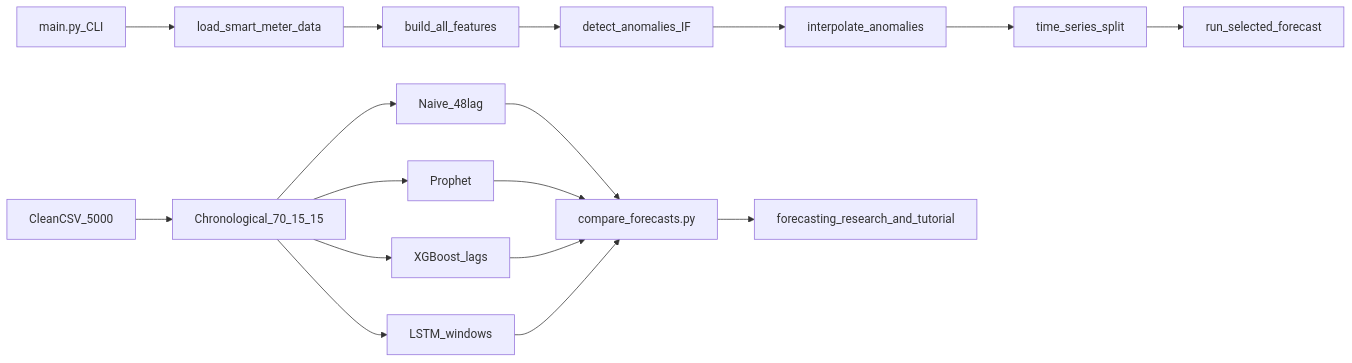
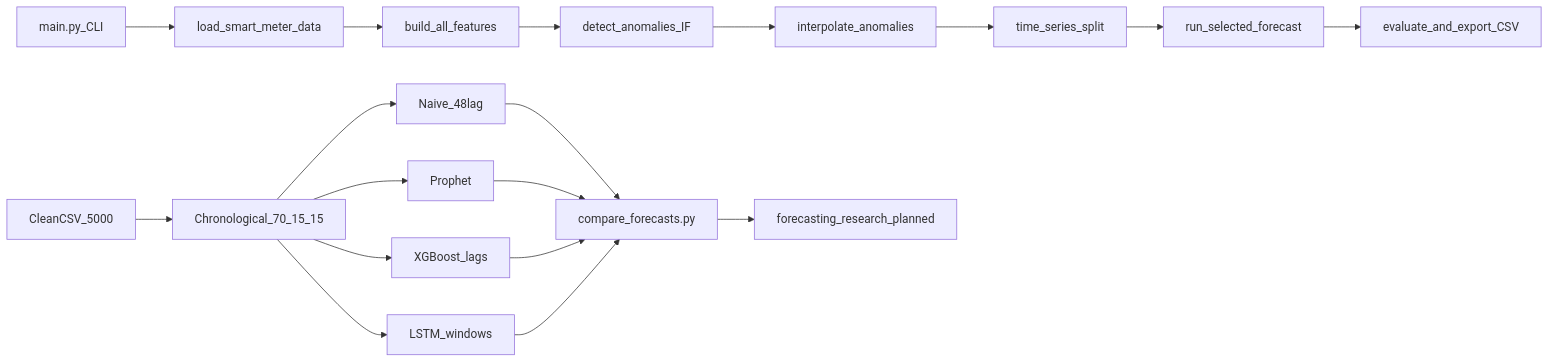
Before and after one commit to mj-weshh/energy-anomaly-forecasting: the diagram in docs/phase3-strategy.md, drawn with Mermaid. The commit also changed other lines of this file and 14 other files, not shown here.

Commit message:
docs: sync Week 8 Day 5 E2E and Week 9 forecasting tutorial

````diff
--- a/docs/phase3-strategy.md
+++ b/docs/phase3-strategy.md
@@ -153,19 +155,20 @@
 ```mermaid
 flowchart LR
   mainCli[main.py_CLI] --> ingest[load_smart_meter_data]
   ingest --> feats[build_all_features]
   feats --> detect[detect_anomalies_IF]
   detect --> cleanMem[interpolate_anomalies]
   cleanMem --> splitE2E[time_series_split]
   splitE2E --> route[run_selected_forecast]
+  route --> evalExport[evaluate_and_export_CSV]
   clean[CleanCSV_5000] --> split[Chronological_70_15_15]
   split --> naive[Naive_48lag]
   split --> stats[Prophet]
   split --> xgb[XGBoost_lags]
   split --> lstm[LSTM_windows]
   naive --> compare[compare_forecasts.py]
   stats --> compare
   xgb --> compare
   lstm --> compare
-  compare --> docs[forecasting_research_and_tutorial]
+  compare --> research[forecasting_research_planned]
 ```
````
